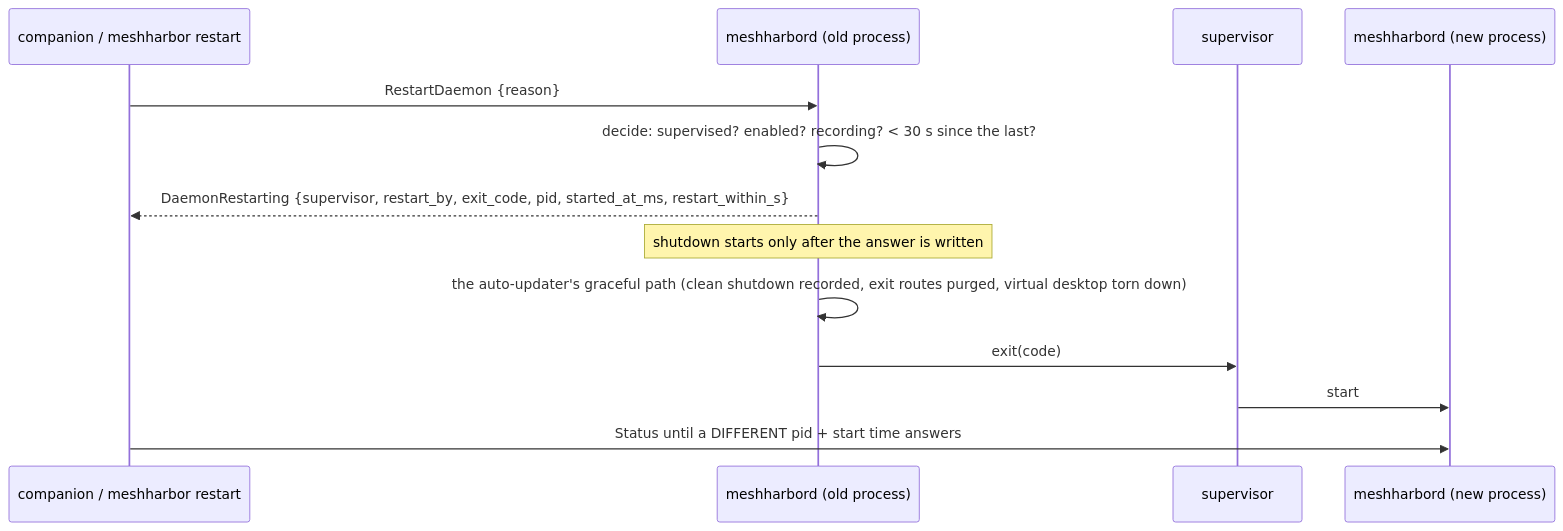
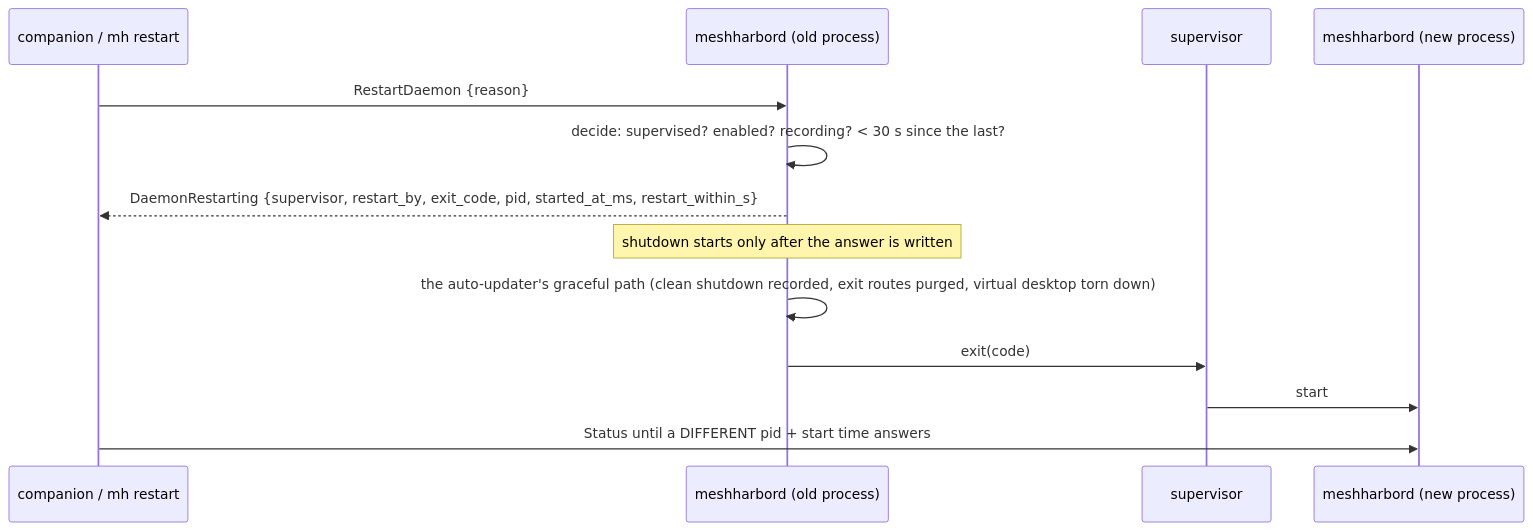
One commit to jk-zhang-meta/MeshHarbor changed the sixth of 12 diagrams in docs/desktop-companion.md. Above: the diagram before and after it, drawn with Mermaid. The commit also changed other lines of this file and 323 other files, not shown here.

````diff
--- a/docs/desktop-companion.md
+++ b/docs/desktop-companion.md
@@ -330,15 +330,15 @@
 ```mermaid
 sequenceDiagram
-    participant C as companion / meshharbor restart
+    participant C as companion / mh restart
     participant D as meshharbord (old process)
     participant S as supervisor
     participant N as meshharbord (new process)
     C->>D: RestartDaemon {reason}
     D->>D: decide: supervised? enabled? recording? < 30 s since the last?
     D-->>C: DaemonRestarting {supervisor, restart_by, exit_code, pid, started_at_ms, restart_within_s}
     Note over D: shutdown starts only after the answer is written
     D->>D: the auto-updater's graceful path (clean shutdown recorded, exit routes purged, virtual desktop torn down)
     D->>S: exit(code)
     S->>N: start
     C->>N: Status until a DIFFERENT pid + start time answers
 ```
````
